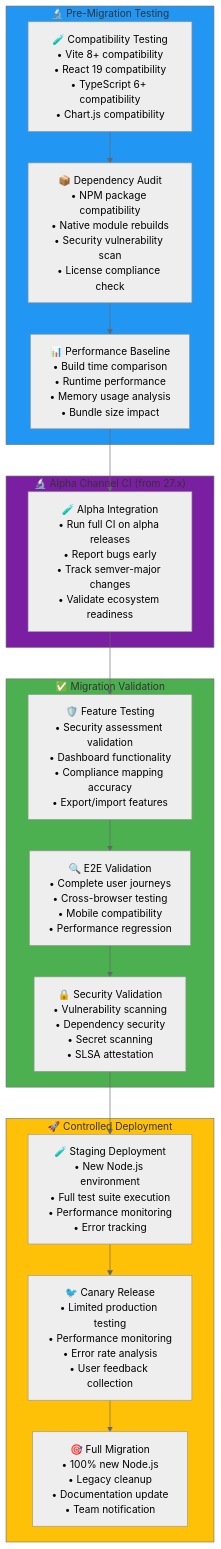
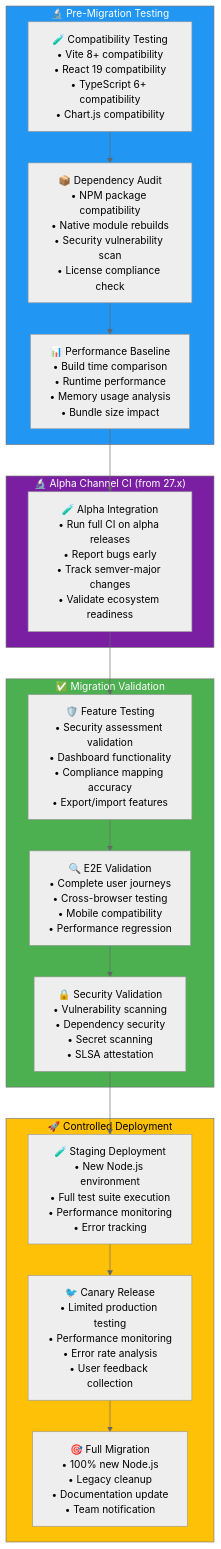
Before and after one commit to Hack23/cia-compliance-manager: the third of 9 diagrams in docs/End-of-Life-Strategy.md, drawn with Mermaid. The commit also changed 7 other files, not shown here.

````diff
--- a/docs/End-of-Life-Strategy.md
+++ b/docs/End-of-Life-Strategy.md
@@ -221,40 +221,40 @@
 ```mermaid
 %%{init: {"theme": "neutral"}}%%
 flowchart TB
     subgraph PREPARATION["🔬 Pre-Migration Testing"]
         COMPAT_TEST["🧪 Compatibility Testing<br/>• Vite 8+ compatibility<br/>• React 19 compatibility<br/>• TypeScript 6+ compatibility<br/>• Chart.js compatibility"]
         DEP_AUDIT["📦 Dependency Audit<br/>• NPM package compatibility<br/>• Native module rebuilds<br/>• Security vulnerability scan<br/>• License compliance check"]
         PERF_BASELINE["📊 Performance Baseline<br/>• Build time comparison<br/>• Runtime performance<br/>• Memory usage analysis<br/>• Bundle size impact"]
     end
 
     subgraph ALPHA_CI["🔬 Alpha Channel CI (from 27.x)"]
         ALPHA_TEST["🧪 Alpha Integration<br/>• Run full CI on alpha releases<br/>• Report bugs early<br/>• Track semver-major changes<br/>• Validate ecosystem readiness"]
     end
 
     subgraph VALIDATION["✅ Migration Validation"]
         FEATURE_TEST["🛡️ Feature Testing<br/>• Security assessment validation<br/>• Dashboard functionality<br/>• Compliance mapping accuracy<br/>• Export/import features"]
         E2E_VALIDATION["🔍 E2E Validation<br/>• Complete user journeys<br/>• Cross-browser testing<br/>• Mobile compatibility<br/>• Performance regression"]
         SECURITY_SCAN["🔒 Security Validation<br/>• Vulnerability scanning<br/>• Dependency security<br/>• Secret scanning<br/>• SLSA attestation"]
     end
 
     subgraph DEPLOYMENT["🚀 Controlled Deployment"]
         STAGING_DEPLOY["🧪 Staging Deployment<br/>• New Node.js environment<br/>• Full test suite execution<br/>• Performance monitoring<br/>• Error tracking"]
         CANARY_RELEASE["🐦 Canary Release<br/>• Limited production testing<br/>• Performance monitoring<br/>• Error rate analysis<br/>• User feedback collection"]
         FULL_MIGRATION["🎯 Full Migration<br/>• 100% new Node.js<br/>• Legacy cleanup<br/>• Documentation update<br/>• Team notification"]
     end
 
     COMPAT_TEST --> DEP_AUDIT
     DEP_AUDIT --> PERF_BASELINE
     PERF_BASELINE --> ALPHA_TEST
     ALPHA_TEST --> FEATURE_TEST
     FEATURE_TEST --> E2E_VALIDATION
     E2E_VALIDATION --> SECURITY_SCAN
     SECURITY_SCAN --> STAGING_DEPLOY
     STAGING_DEPLOY --> CANARY_RELEASE
     CANARY_RELEASE --> FULL_MIGRATION
 
-    style PREPARATION fill:#2196F3
-    style ALPHA_CI fill:#7B1FA2
-    style VALIDATION fill:#4CAF50
-    style DEPLOYMENT fill:#FFC107
+    style PREPARATION fill:#2196F3,color:#ffffff
+    style ALPHA_CI fill:#7B1FA2,color:#ffffff
+    style VALIDATION fill:#4CAF50,color:#ffffff
+    style DEPLOYMENT fill:#FFC107,color:#000000
 ```
````
